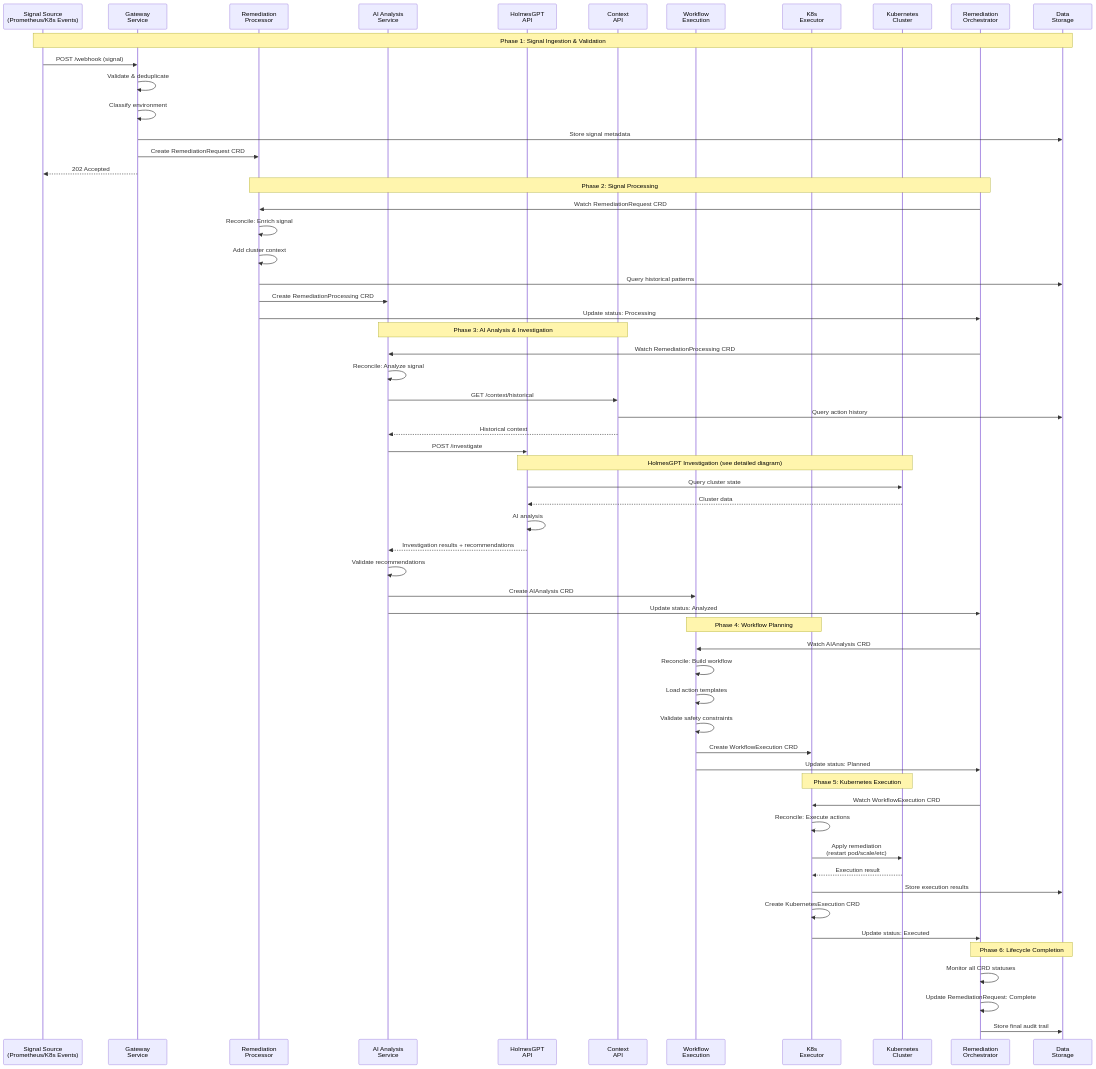
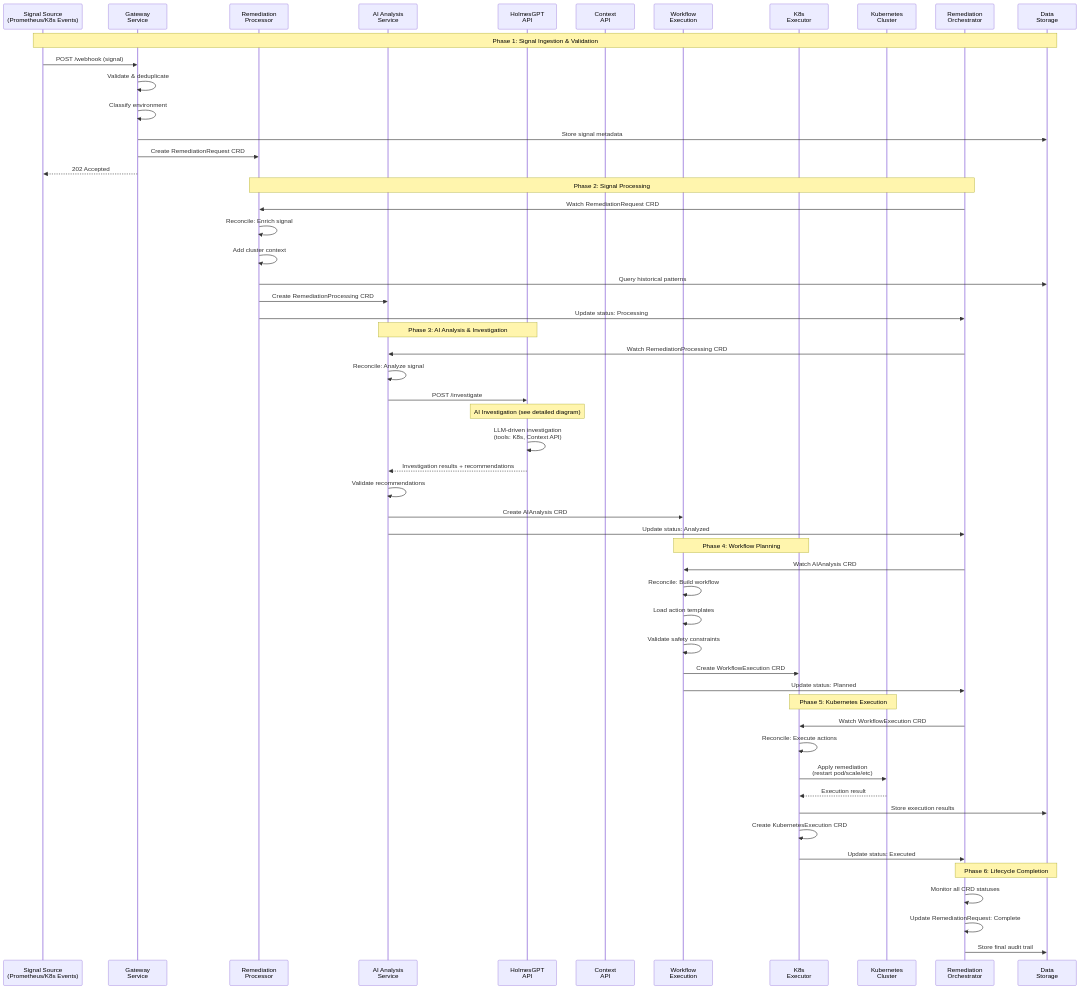
One commit to jordigilh/kubernaut changed the second of 3 diagrams in docs/architecture/APPROVED_MICROSERVICES_ARCHITECTURE.md. Above: the diagram before and after it, drawn with Mermaid.

First paragraph of the commit message:
docs(architecture): Simplify happy path diagram for readability
Simplified Phase 3 (AI Analysis & Investigation) in the happy path sequence diagram to improve readability while maintaining accuracy.

````diff
--- a/docs/architecture/APPROVED_MICROSERVICES_ARCHITECTURE.md
+++ b/docs/architecture/APPROVED_MICROSERVICES_ARCHITECTURE.md
@@ -217,70 +217,65 @@
 ```mermaid
 sequenceDiagram
     participant SRC as Signal Source<br/>(Prometheus/K8s Events)
     participant GW as Gateway<br/>Service
     participant RP as Remediation<br/>Processor
     participant AI as AI Analysis<br/>Service
     participant HGP as HolmesGPT<br/>API
     participant CTX as Context<br/>API
     participant WF as Workflow<br/>Execution
     participant EX as K8s<br/>Executor
     participant K8S as Kubernetes<br/>Cluster
     participant ORCH as Remediation<br/>Orchestrator
     participant ST as Data<br/>Storage
 
     Note over SRC,ST: Phase 1: Signal Ingestion & Validation
     SRC->>GW: POST /webhook (signal)
     GW->>GW: Validate & deduplicate
     GW->>GW: Classify environment
     GW->>ST: Store signal metadata
     GW->>RP: Create RemediationRequest CRD
     GW-->>SRC: 202 Accepted
 
     Note over RP,ORCH: Phase 2: Signal Processing
     ORCH->>RP: Watch RemediationRequest CRD
     RP->>RP: Reconcile: Enrich signal
     RP->>RP: Add cluster context
     RP->>ST: Query historical patterns
     RP->>AI: Create RemediationProcessing CRD
     RP->>ORCH: Update status: Processing
 
-    Note over AI,CTX: Phase 3: AI Analysis & Investigation
+    Note over AI,HGP: Phase 3: AI Analysis & Investigation
     ORCH->>AI: Watch RemediationProcessing CRD
     AI->>AI: Reconcile: Analyze signal
-    AI->>CTX: GET /context/historical
-    CTX->>ST: Query action history
-    CTX-->>AI: Historical context
     AI->>HGP: POST /investigate
-
-    Note over HGP,K8S: HolmesGPT Investigation (see detailed diagram)
-    HGP->>K8S: Query cluster state
-    K8S-->>HGP: Cluster data
-    HGP->>HGP: AI analysis
+    
+    Note over HGP: AI Investigation (see detailed diagram)
+    HGP->>HGP: LLM-driven investigation<br/>(tools: K8s, Context API)
+    
     HGP-->>AI: Investigation results + recommendations
-
     AI->>AI: Validate recommendations
     AI->>WF: Create AIAnalysis CRD
     AI->>ORCH: Update status: Analyzed
 
     Note over WF,EX: Phase 4: Workflow Planning
     ORCH->>WF: Watch AIAnalysis CRD
     WF->>WF: Reconcile: Build workflow
     WF->>WF: Load action templates
     WF->>WF: Validate safety constraints
     WF->>EX: Create WorkflowExecution CRD
     WF->>ORCH: Update status: Planned
 
     Note over EX,K8S: Phase 5: Kubernetes Execution
     ORCH->>EX: Watch WorkflowExecution CRD
     EX->>EX: Reconcile: Execute actions
     EX->>K8S: Apply remediation<br/>(restart pod/scale/etc)
     K8S-->>EX: Execution result
     EX->>ST: Store execution results
     EX->>EX: Create KubernetesExecution CRD
     EX->>ORCH: Update status: Executed
 
     Note over ORCH,ST: Phase 6: Lifecycle Completion
     ORCH->>ORCH: Monitor all CRD statuses
     ORCH->>ORCH: Update RemediationRequest: Complete
     ORCH->>ST: Store final audit trail
 ```
````
